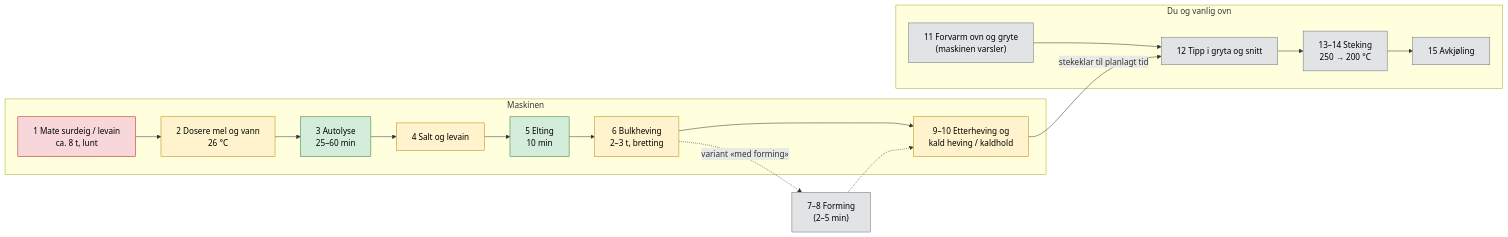
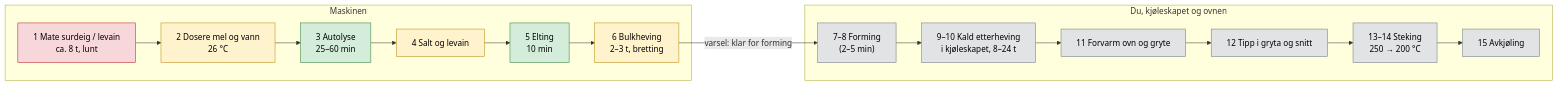
Before and after one commit to erikhafnor/surdeigsbaker: the diagram in docs/01-prosessanalyse.md, drawn with Mermaid. The commit also changed other lines of this file and 106 other files, not shown here.

````diff
--- a/docs/01-prosessanalyse.md
+++ b/docs/01-prosessanalyse.md
@@ -11,22 +11,20 @@
 ```mermaid
 flowchart LR
   subgraph M["Maskinen"]
     A["1 Mate surdeig / levain<br/>ca. 8 t, lunt"]:::hard --> B["2 Dosere mel og vann<br/>26 °C"]:::mid
     B --> C["3 Autolyse<br/>25–60 min"]:::easy
     C --> D["4 Salt og levain"]:::mid
     D --> E["5 Elting<br/>10 min"]:::easy
     E --> F["6 Bulkheving<br/>2–3 t, bretting"]:::mid
-    F --> H["9–10 Etterheving og<br/>kald heving / kaldhold"]:::mid
   end
-  F -. "variant «med forming»" .-> G["7–8 Forming<br/>(2–5 min)"]:::human
-  G -.-> H
-  subgraph U["Du og vanlig ovn"]
-    I["11 Forvarm ovn og gryte<br/>(maskinen varsler)"]:::human --> J["12 Tipp i gryta og snitt"]:::human
+  F -->|"varsel: klar for forming"| G
+  subgraph U["Du, kjøleskapet og ovnen"]
+    G["7–8 Forming<br/>(2–5 min)"]:::human --> H["9–10 Kald etterheving<br/>i kjøleskapet, 8–24 t"]:::human
+    H --> I["11 Forvarm ovn og gryte"]:::human --> J["12 Tipp i gryta og snitt"]:::human
     J --> K["13–14 Steking<br/>250 → 200 °C"]:::human --> L["15 Avkjøling"]:::human
   end
-  H -->|"stekeklar til planlagt tid"| J
   classDef easy fill:#d4edda,stroke:#2e7d32,color:#000
   classDef mid fill:#fff3cd,stroke:#b8860b,color:#000
   classDef hard fill:#f8d7da,stroke:#b71c1c,color:#000
   classDef human fill:#e2e3e5,stroke:#6c757d,color:#000
 ```
````
